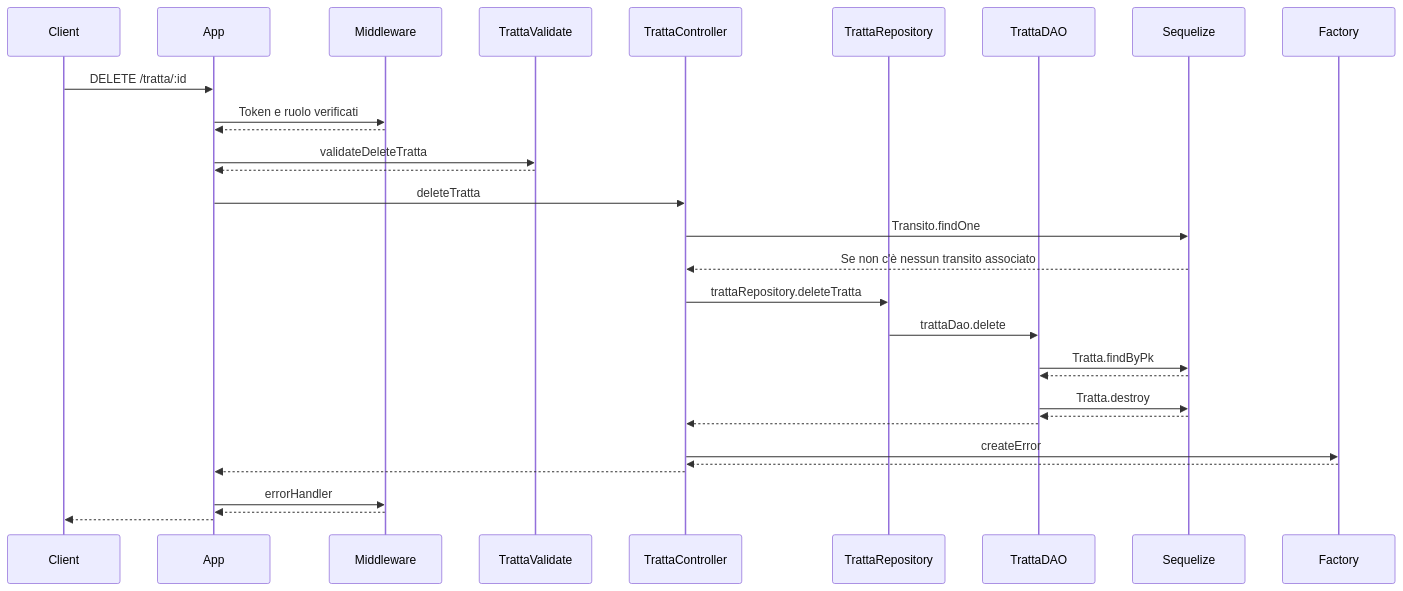
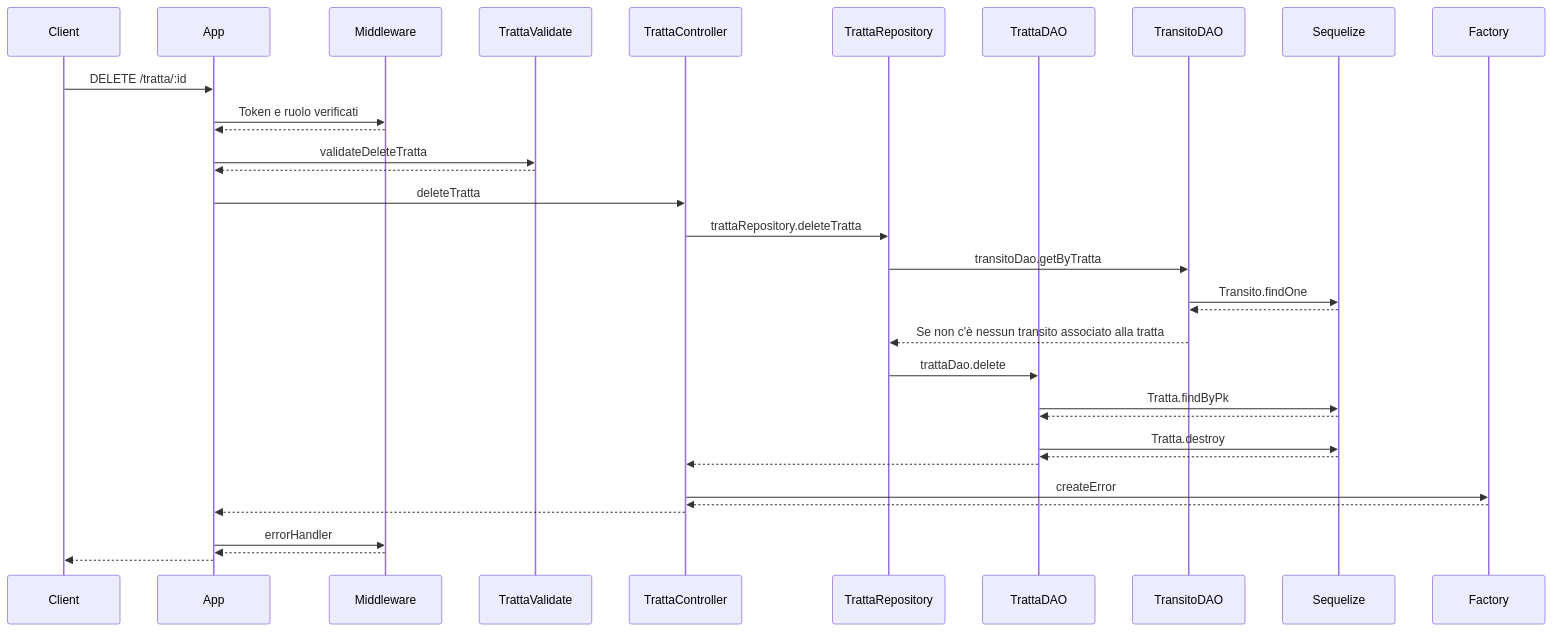
The eighth of 14 diagrams in README.md (MattSona99/ProgettoPA), drawn with Mermaid before and after one commit. The commit also changed other lines of this file, not shown here.

````diff
--- a/README.md
+++ b/README.md
@@ -434,34 +443,37 @@
 ```mermaid
 sequenceDiagram
   participant C as Client
   participant A as App
   participant M as Middleware
   participant V as TrattaValidate
   participant CN as TrattaController
   participant R as TrattaRepository
   participant TD as TrattaDAO
+  participant TRD as TransitoDAO
   participant S as Sequelize
   participant F as Factory
 
   C ->> A: DELETE /tratta/:id
   A ->> M: Token e ruolo verificati
   M -->> A: 
   A ->> V: validateDeleteTratta
   V -->> A: 
   A ->> CN: deleteTratta
-  CN ->> S: Transito.findOne
-  S -->> CN: Se non c'è nessun transito associato
   CN ->> R: trattaRepository.deleteTratta
+  R ->> TRD: transitoDao.getByTratta
+  TRD ->> S: Transito.findOne
+  S -->> TRD:
+  TRD -->> R: Se non c'è nessun transito associato alla tratta
   R ->> TD: trattaDao.delete
   TD ->> S: Tratta.findByPk
   S -->> TD: 
   TD ->> S: Tratta.destroy
   S -->> TD: 
   TD -->> CN: 
   CN ->> F: createError
   F -->> CN: 
   CN -->> A: 
   A ->> M: errorHandler
   M -->> A: 
   A -->> C: 
 ```
````
